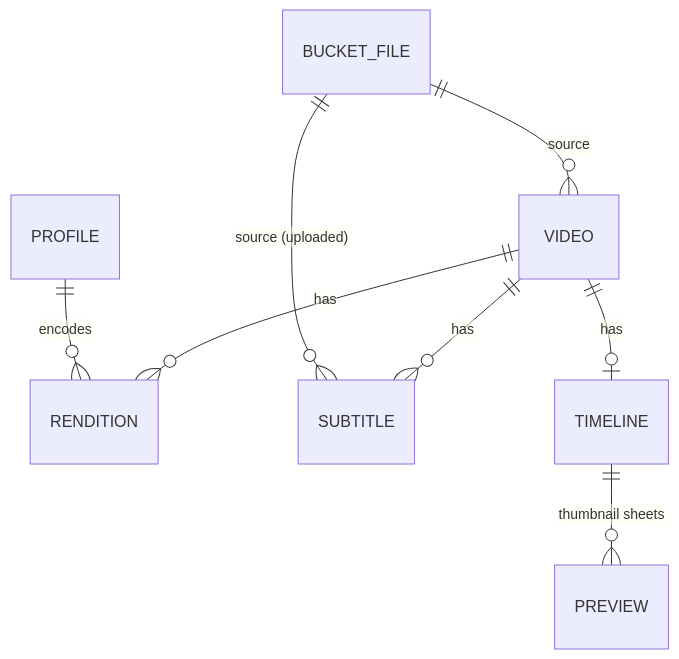
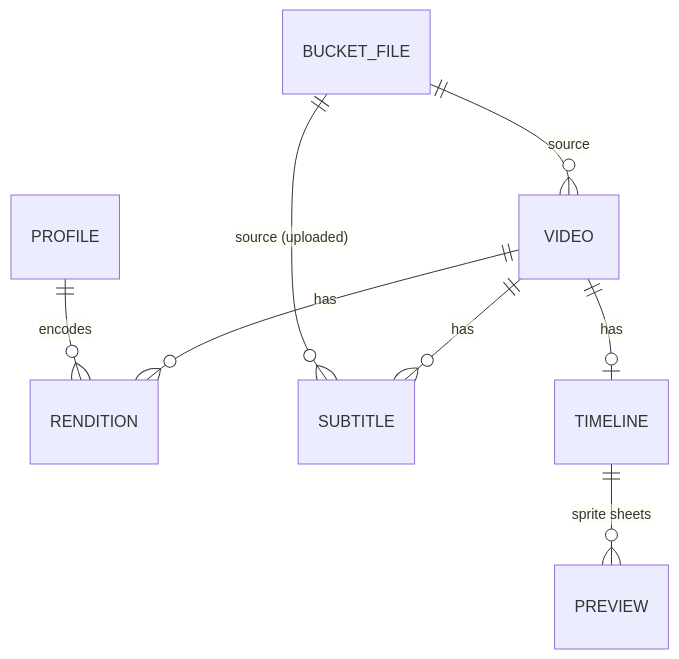
One commit to appwrite/appwrite changed the diagram in apps/console/docs/videos-spec.md. Above: the diagram before and after it, drawn with Mermaid. The commit also changed other lines of this file and 38 other files, not shown here.

````diff
--- a/apps/console/docs/videos-spec.md
+++ b/apps/console/docs/videos-spec.md
@@ -18,10 +18,10 @@
 ```mermaid
 erDiagram
   BUCKET_FILE ||--o{ VIDEO : "source"
   VIDEO ||--o{ RENDITION : "has"
   PROFILE ||--o{ RENDITION : "encodes"
   VIDEO ||--o{ SUBTITLE : "has"
   BUCKET_FILE ||--o{ SUBTITLE : "source (uploaded)"
   VIDEO ||--o| TIMELINE : "has"
-  TIMELINE ||--o{ PREVIEW : "thumbnail sheets"
+  TIMELINE ||--o{ PREVIEW : "sprite sheets"
 ```
````
